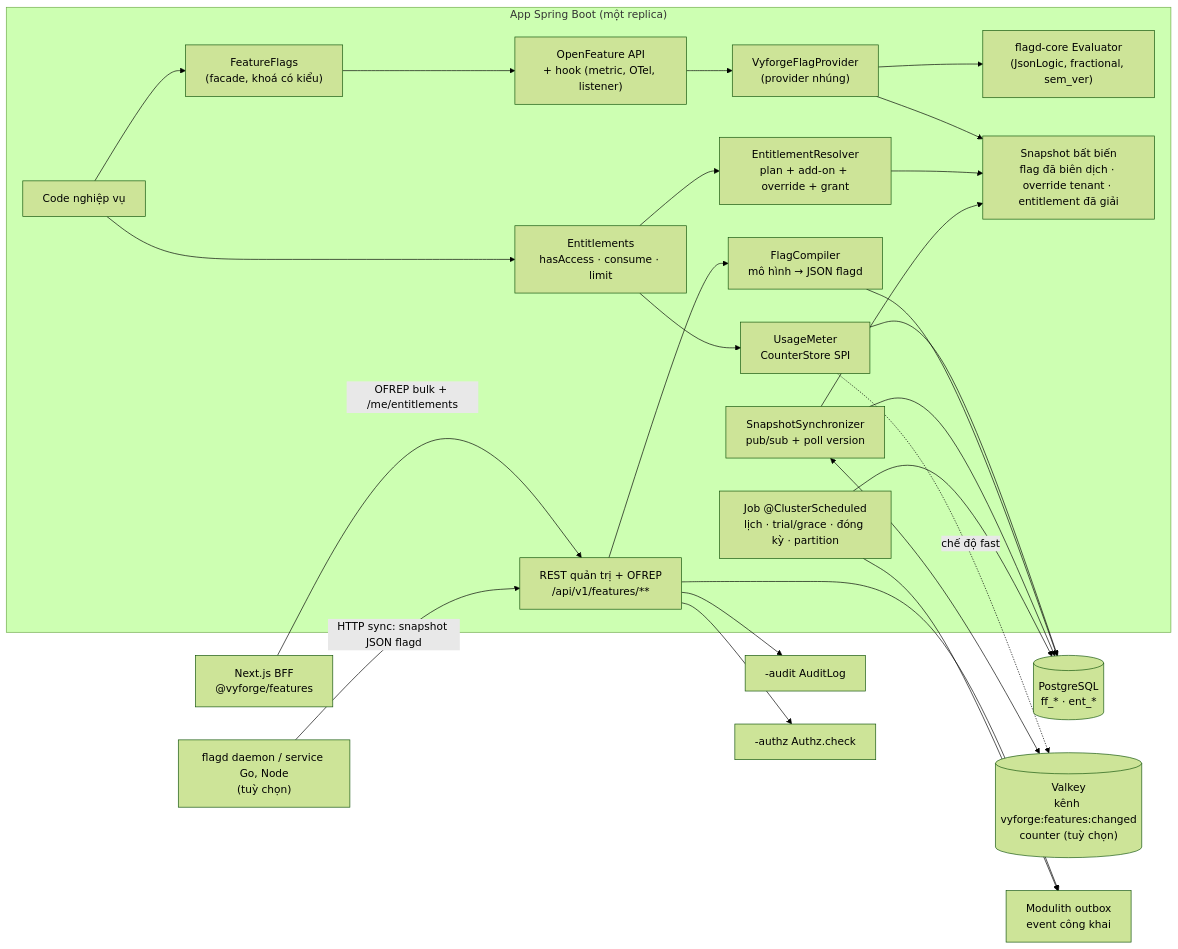
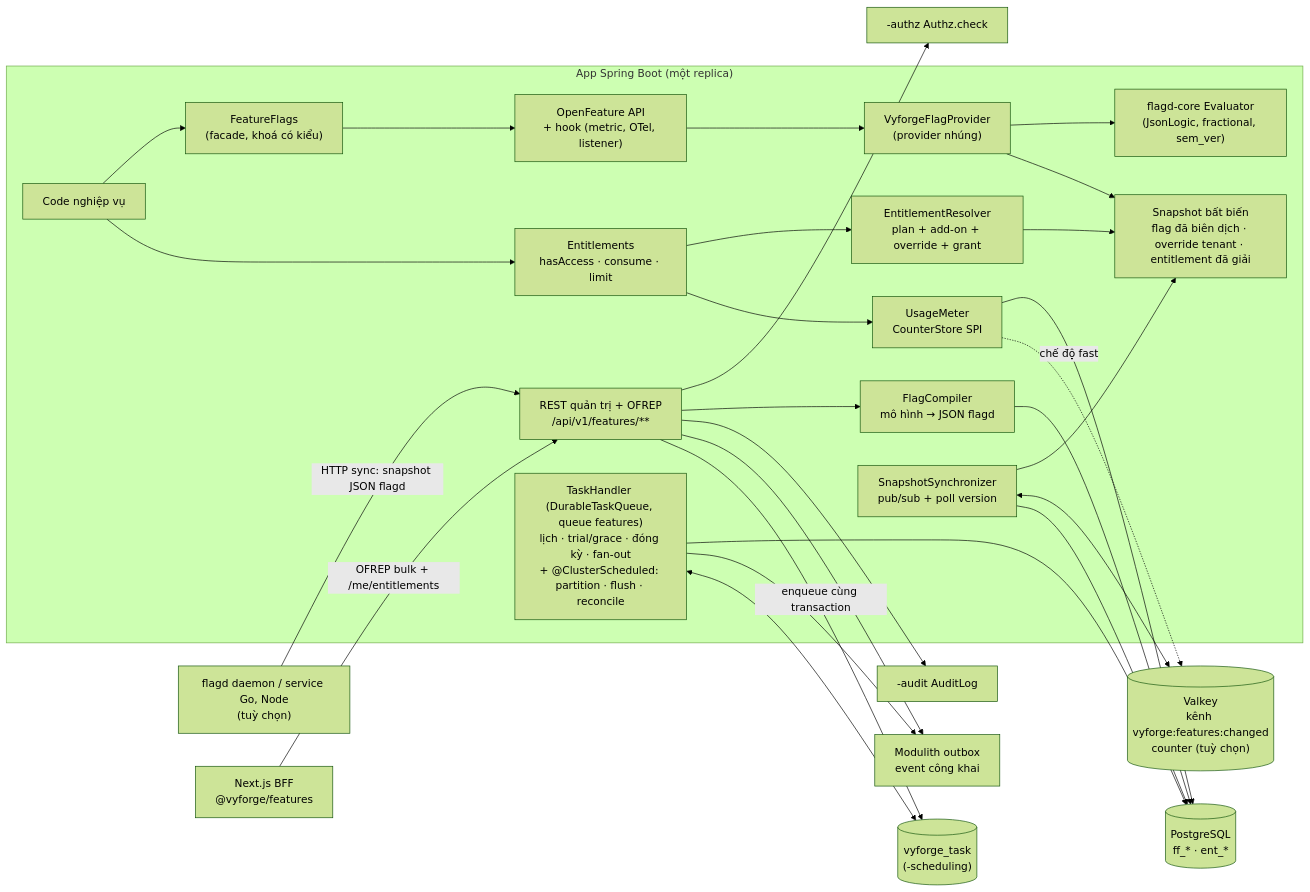
The first of 7 diagrams in docs/design/features.md (vyforge/.github), drawn with Mermaid (forest theme) before and after one commit. The commit also changed other lines of this file, not shown here.

Commit message:
docs(design): align features design with shared task queue, starter Flyway and SecretCipher

````diff
--- a/docs/design/features.md
+++ b/docs/design/features.md
@@ -134,43 +134,46 @@
 ```mermaid
 flowchart LR
   subgraph APP["App Spring Boot (một replica)"]
     code["Code nghiệp vụ"]
     ff["FeatureFlags<br/>(facade, khoá có kiểu)"]
     ent["Entitlements<br/>hasAccess · consume · limit"]
     of["OpenFeature API<br/>+ hook (metric, OTel, listener)"]
     prov["VyforgeFlagProvider<br/>(provider nhúng)"]
     eng["flagd-core Evaluator<br/>(JsonLogic, fractional, sem_ver)"]
     snap["Snapshot bất biến<br/>flag đã biên dịch · override tenant · entitlement đã giải"]
     comp["FlagCompiler<br/>mô hình → JSON flagd"]
     resolver["EntitlementResolver<br/>plan + add-on + override + grant"]
     meter["UsageMeter<br/>CounterStore SPI"]
     admin["REST quản trị + OFREP<br/>/api/v1/features/**"]
-    jobs["Job @ClusterScheduled<br/>lịch · trial/grace · đóng kỳ · partition"]
+    jobs["TaskHandler (DurableTaskQueue, queue features)<br/>lịch · trial/grace · đóng kỳ · fan-out<br/>+ @ClusterScheduled: partition · flush · reconcile"]
     sync["SnapshotSynchronizer<br/>pub/sub + poll version"]
   end
 
   db[("PostgreSQL<br/>ff_* · ent_*")]
   valkey[("Valkey<br/>kênh vyforge:features:changed<br/>counter (tuỳ chọn)")]
   audit["-audit AuditLog"]
   authz["-authz Authz.check"]
   outbox["Modulith outbox<br/>event công khai"]
   flagd["flagd daemon / service Go, Node<br/>(tuỳ chọn)"]
   web["Next.js BFF<br/>@vyforge/features"]
 
   code --> ff & ent
   ff --> of --> prov --> eng
   prov --> snap
   ent --> resolver --> snap
   ent --> meter --> db
   meter -. chế độ fast .-> valkey
   admin --> authz
   admin --> comp --> db
   admin --> audit
   admin --> outbox
   sync --> snap
   sync <--> valkey
   sync --> db
+  queue[("vyforge_task<br/>(-scheduling)")]
   jobs --> db & outbox
+  jobs <--> queue
+  admin -- "enqueue cùng transaction" --> queue
   web -- "OFREP bulk + /me/entitlements" --> admin
   flagd -- "HTTP sync: snapshot JSON flagd" --> admin
 ```
````
